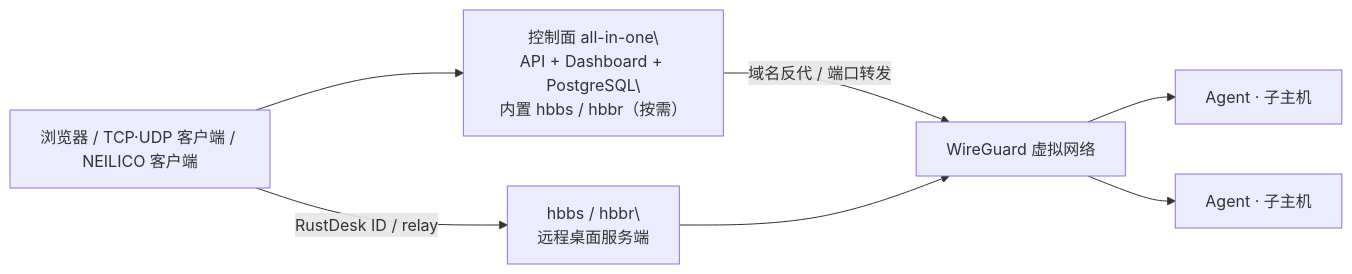
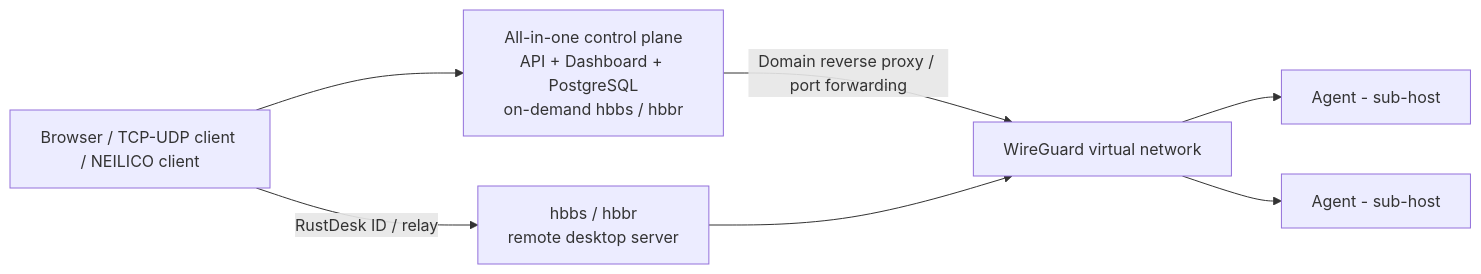
One commit to aceneil/neilico changed the diagram in README.md. Above: the diagram before and after it, drawn with Mermaid. The commit also changed other lines of this file and 2 other files, not shown here.

````diff
--- a/README.md
+++ b/README.md
@@ -9,9 +11,9 @@
 ```mermaid
 flowchart LR
-  U[浏览器 / TCP·UDP 客户端 / NEILICO 客户端] --> C[控制面 all-in-one\\nAPI + Dashboard + PostgreSQL\\n内置 hbbs / hbbr（按需）]
-  C -->|域名反代 / 端口转发| W[WireGuard 虚拟网络]
-  W --> A1[Agent · 子主机]
-  W --> A2[Agent · 子主机]
-  U -->|RustDesk ID / relay| R[hbbs / hbbr\\n远程桌面服务端]
+  U[Browser / TCP-UDP client / NEILICO client] --> C[All-in-one control plane<br/>API + Dashboard + PostgreSQL<br/>on-demand hbbs / hbbr]
+  C -->|Domain reverse proxy / port forwarding| W[WireGuard virtual network]
+  W --> A1[Agent - sub-host]
+  W --> A2[Agent - sub-host]
+  U -->|RustDesk ID / relay| R[hbbs / hbbr<br/>remote desktop server]
   R --> W
 ```
````
